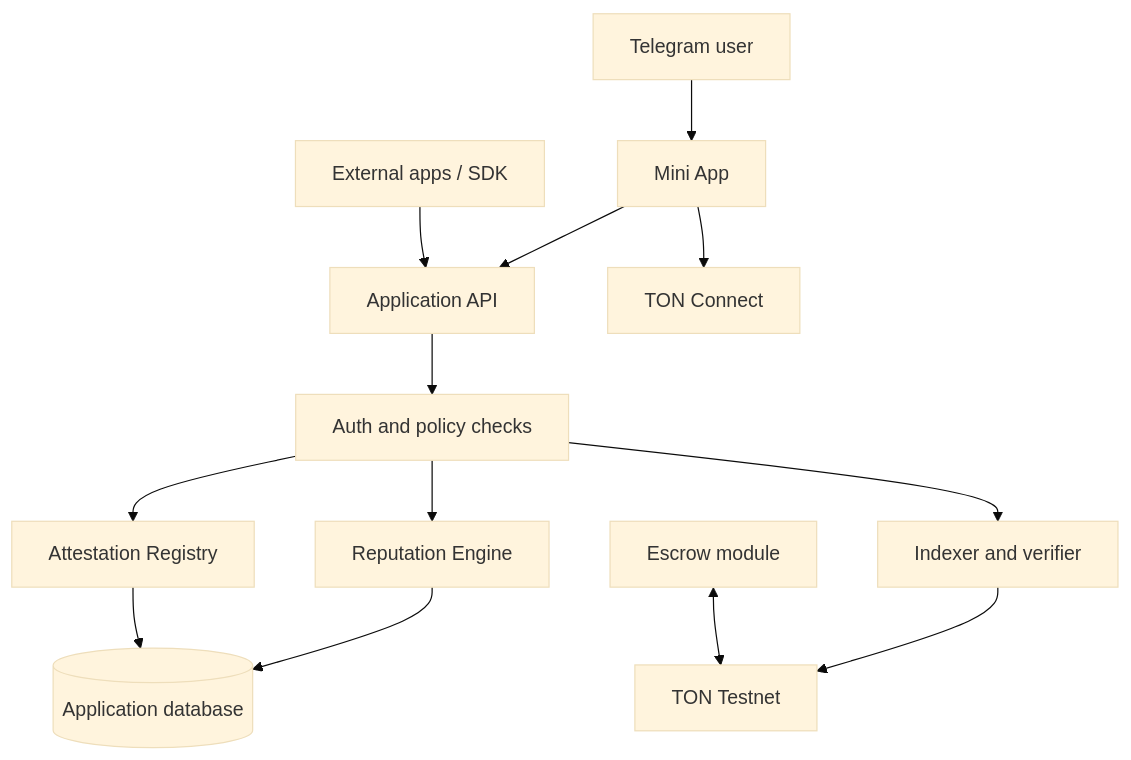
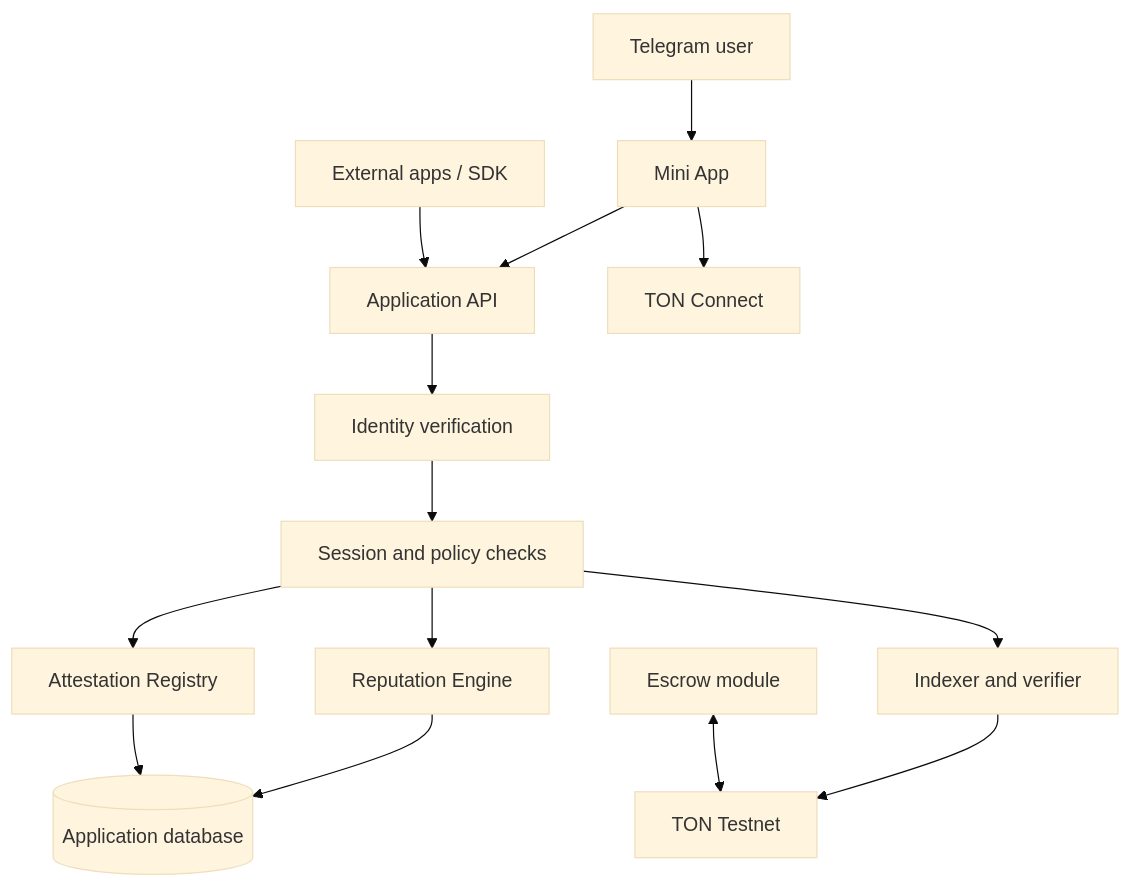
The diagram in docs/ARCHITECTURE.md (voynovsenior/DUR), drawn with Mermaid (base theme) before and after one commit. The commit also changed other lines of this file, not shown here.

```diff
--- a/docs/ARCHITECTURE.md
+++ b/docs/ARCHITECTURE.md
@@ -24,15 +26,16 @@
 ~~~mermaid
 flowchart TD
  U[Telegram user] --> UI[Mini App]
  UI --> API[Application API]
  UI --> TC[TON Connect]
- API --> AUTH[Auth and policy checks]
+ API --> ID[Identity verification]
+ ID --> AUTH[Session and policy checks]
  AUTH --> REP[Reputation Engine]
  AUTH --> ATT[Attestation Registry]
  AUTH --> IDX[Indexer and verifier]
  IDX --> TON[TON Testnet]
  REP --> DB[(Application database)]
  ATT --> DB
  ESC[Escrow module] <--> TON
  SDK[External apps / SDK] --> API
 ~~~
```
